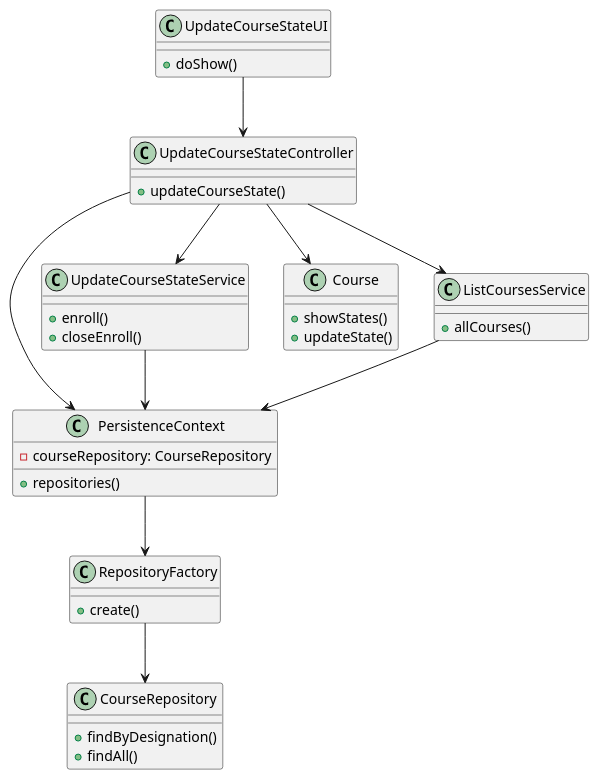
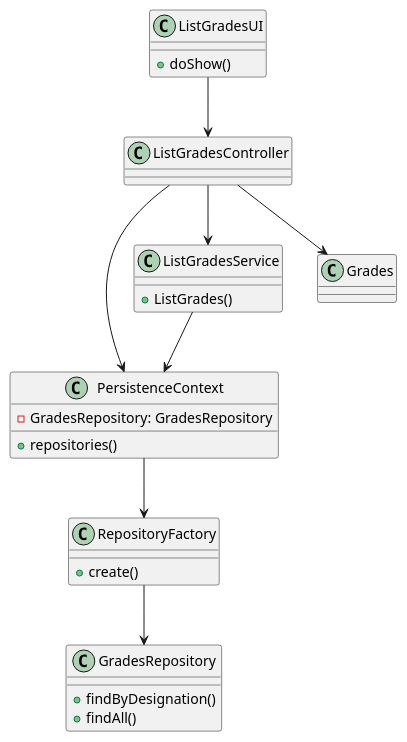
One commit to mascenso/isep-sem4-lapr4 changed the diagram in docs/SPRINT C/US2005 - List of Grades/US2005-CD.puml. Above: the diagram before and after it, drawn with PlantUML. The commit also changed 1 other file, not shown here.

```diff
--- a/docs/SPRINT C/US2005 - List of Grades/US2005-CD.puml
+++ b/docs/SPRINT C/US2005 - List of Grades/US2005-CD.puml
@@ -1,50 +1,40 @@
 @startuml
 
-class UpdateCourseStateUI {
+class ListGradesUI {
     +doShow()
 }
 
-class UpdateCourseStateController {
-    +updateCourseState()
+class ListGradesController {
 }
 
-class CourseRepository {
+class GradesRepository {
     +findByDesignation()
     +findAll()
 }
 
 class PersistenceContext {
-    -courseRepository: CourseRepository
+    -GradesRepository: GradesRepository
     +repositories()
 }
 
 
-class UpdateCourseStateService {
-    +enroll()
-    +closeEnroll()
+class ListGradesService {
+    +ListGrades()
 }
 
 class RepositoryFactory {
     +create()
 }
 
-class Course {
-    +showStates()
-    +updateState()
+class Grades {
 }
 
-class ListCoursesService {
-    +allCourses()
-}
-
-UpdateCourseStateUI --> UpdateCourseStateController
-UpdateCourseStateController --> UpdateCourseStateService
-UpdateCourseStateController --> PersistenceContext
-UpdateCourseStateController --> ListCoursesService
+ListGradesUI --> ListGradesController
+ListGradesController --> PersistenceContext
+ListGradesController --> ListGradesService
+ListGradesController --> Grades
 PersistenceContext --> RepositoryFactory
-RepositoryFactory --> CourseRepository
-ListCoursesService --> PersistenceContext
-UpdateCourseStateService --> PersistenceContext
-UpdateCourseStateController --> Course
+RepositoryFactory --> GradesRepository
+ListGradesService --> PersistenceContext
 
 @enduml
```
